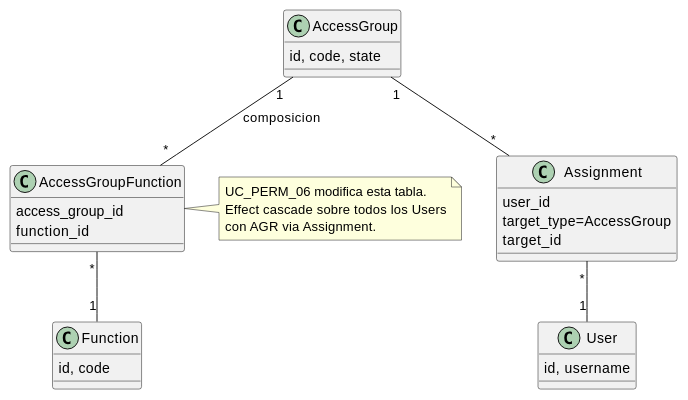
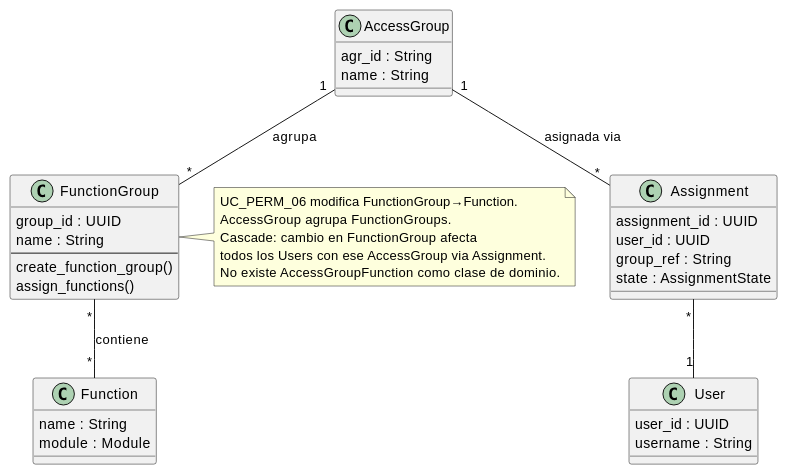
Before and after one commit to jcg-admin/IACT-docs: the diagram in source/requisitos/casos-uso/permissions/uc-perm-06/diagramas-uml/diagrama-de-cascade.rst, drawn with PlantUML. The commit also changed 3 other files, not shown here.

```diff
--- a/source/requisitos/casos-uso/permissions/uc-perm-06/diagramas-uml/diagrama-de-cascade.rst
+++ b/source/requisitos/casos-uso/permissions/uc-perm-06/diagramas-uml/diagrama-de-cascade.rst
@@ -4,41 +4,50 @@
 .. uml::
  :caption: Cascade — un cambio en AGR
            afecta N Users
 
  @startuml
 
  class AccessGroup {
-   id, code, state
+   agr_id : String
+   name : String
  }
 
- class AccessGroupFunction {
-   access_group_id
-   function_id
+ class FunctionGroup {
+   group_id : UUID
+   name : String
+   --
+   create_function_group()
+   assign_functions()
  }
 
  class Function {
-   id, code
+   name : String
+   module : Module
  }
 
  class Assignment {
-   user_id
-   target_type=AccessGroup
-   target_id
+   assignment_id : UUID
+   user_id : UUID
+   group_ref : String
+   state : AssignmentState
  }
 
  class User {
-   id, username
+   user_id : UUID
+   username : String
  }
 
- AccessGroup "1" -- "*" AccessGroupFunction : composicion
- AccessGroupFunction "*" -- "1" Function
- AccessGroup "1" -- "*" Assignment
+ AccessGroup "1" -- "*" FunctionGroup : agrupa
+ FunctionGroup "*" -- "*" Function : contiene
+ AccessGroup "1" -- "*" Assignment : asignada via
  Assignment "*" -- "1" User
 
- note right of AccessGroupFunction
-   UC_PERM_06 modifica esta tabla.
-   Effect cascade sobre todos los Users
-   con AGR via Assignment.
+ note right of FunctionGroup
+   UC_PERM_06 modifica FunctionGroup→Function.
+   AccessGroup agrupa FunctionGroups.
+   Cascade: cambio en FunctionGroup afecta
+   todos los Users con ese AccessGroup via Assignment.
+   No existe AccessGroupFunction como clase de dominio.
  end note
 
  @enduml
```
